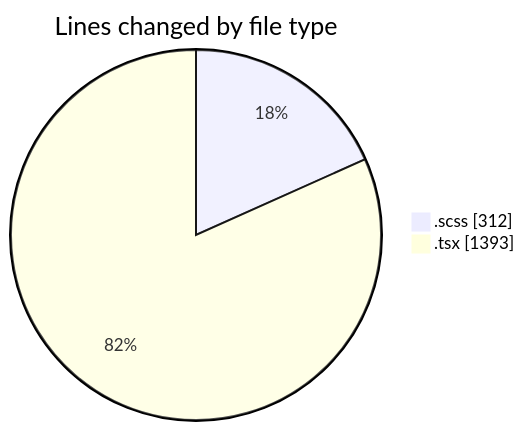
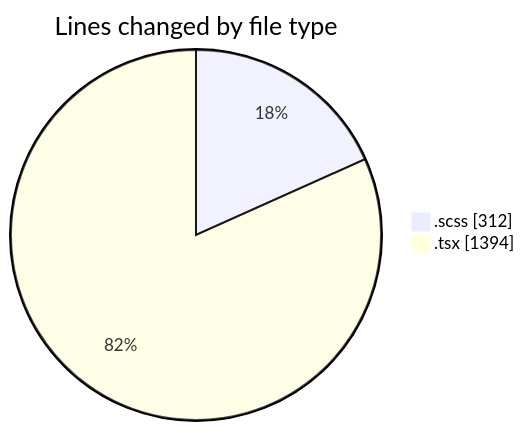
Before and after one commit to momahboobian/code-tracking: the first of 2 diagrams in 2025-08-28/cda/README.md, drawn with Mermaid. The commit also changed other lines of this file and 1 other file, not shown here.

````diff
--- a/2025-08-28/cda/README.md
+++ b/2025-08-28/cda/README.md
@@ -25,6 +25,6 @@
 ```mermaid
 pie showData
 title Lines changed by file type
 ".scss" : 312
-".tsx" : 1393
+".tsx" : 1394
 ```
````
